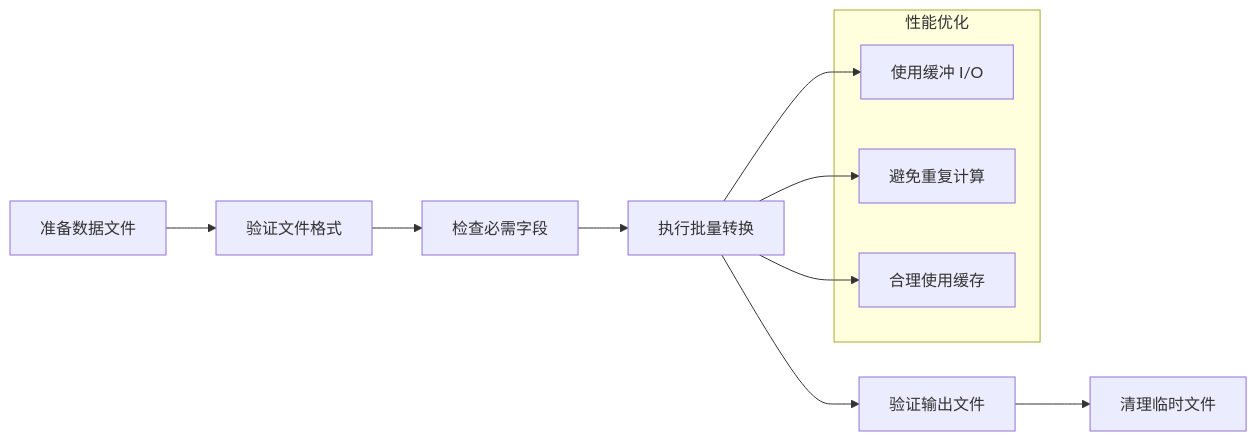
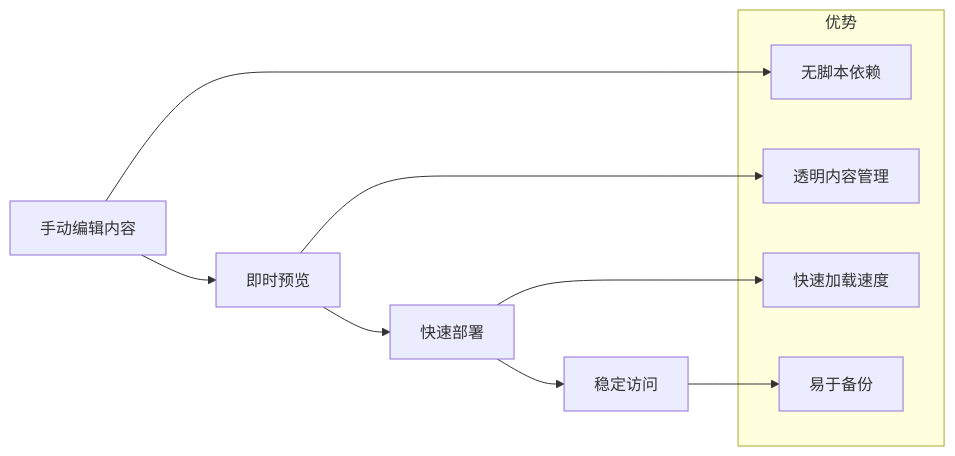
Before and after one commit to CoolPig0720/CoolPig0720.github.io: the ninth of 9 diagrams in .qoder/repowiki/zh/content/数据处理和自动化/Python 数据处理脚本.md, drawn with Mermaid. The commit also changed other lines of this file and 36 other files, not shown here.

````diff
--- a/.qoder/repowiki/zh/content/数据处理和自动化/Python 数据处理脚本.md
+++ b/.qoder/repowiki/zh/content/数据处理和自动化/Python 数据处理脚本.md
@@ -397,16 +329,16 @@
 ```mermaid
 flowchart LR
-A[准备数据文件] --> B[验证文件格式]
-B --> C[检查必需字段]
-C --> D[执行批量转换]
-D --> E[验证输出文件]
-E --> F[清理临时文件]
-subgraph "性能优化"
-G[使用缓冲 I/O]
-H[避免重复计算]
-I[合理使用缓存]
+A[手动编辑内容] --> B[即时预览]
+B --> C[快速部署]
+C --> D[稳定访问]
+subgraph "优势"
+E[无脚本依赖]
+F[透明内容管理]
+G[快速加载速度]
+H[易于备份]
 end
-D --> G
+A --> E
+B --> F
+C --> G
 D --> H
-D --> I
 ```
````
